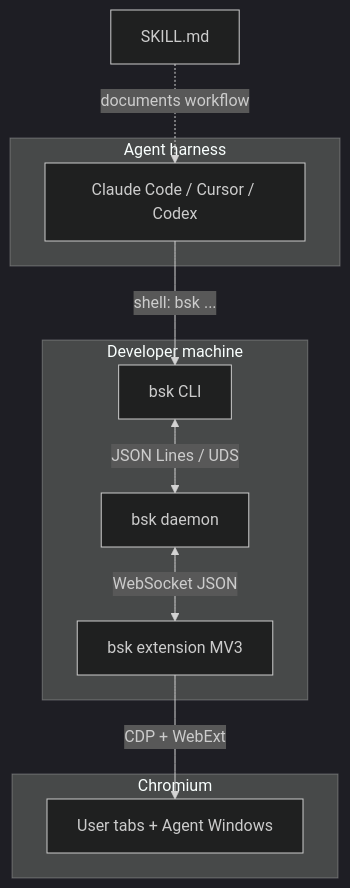
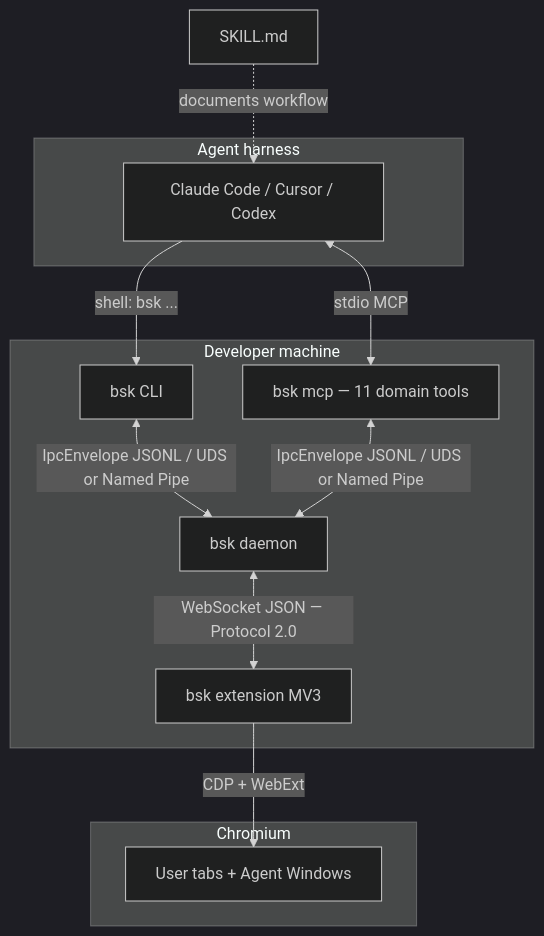
One commit to Tencent/BrowserSkill changed the first of 2 diagrams in docs/architecture.md. Above: the diagram before and after it, drawn with Mermaid (dark theme). The commit also changed other lines of this file and 38 other files, not shown here.

````diff
--- a/docs/architecture.md
+++ b/docs/architecture.md
@@ -12,18 +12,20 @@
 ```mermaid
 flowchart TB
   subgraph harness [Agent harness]
     Agent[Claude Code / Cursor / Codex]
   end
 
   subgraph host [Developer machine]
   Agent -->|shell: bsk ...| CLI[bsk CLI]
-  CLI <-->|JSON Lines / UDS| Daemon[bsk daemon]
-  Daemon <-->|WebSocket JSON| Ext[bsk extension MV3]
+  Agent <-->|stdio MCP| MCP[bsk mcp — 11 domain tools]
+  CLI <-->|IpcEnvelope JSONL / UDS or Named Pipe| Daemon[bsk daemon]
+  MCP <-->|IpcEnvelope JSONL / UDS or Named Pipe| Daemon
+  Daemon <-->|WebSocket JSON — Protocol 2.0| Ext[bsk extension MV3]
   end
 
   subgraph browser [Chromium]
   Ext -->|CDP + WebExt| Tabs[User tabs + Agent Windows]
   end
 
   Skill[SKILL.md] -.->|documents workflow| Agent
 ```
````
